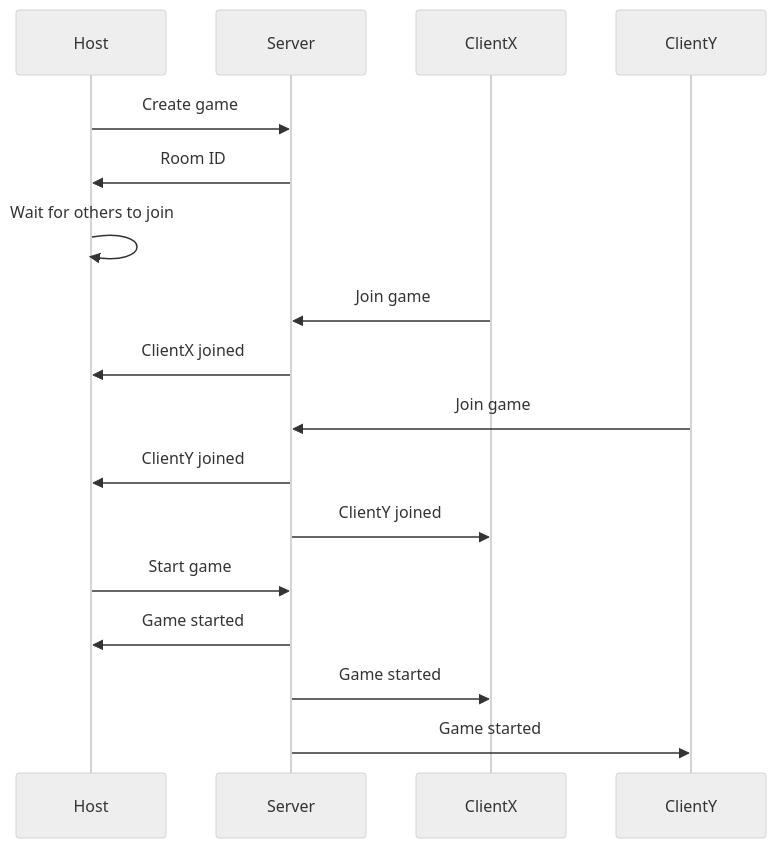
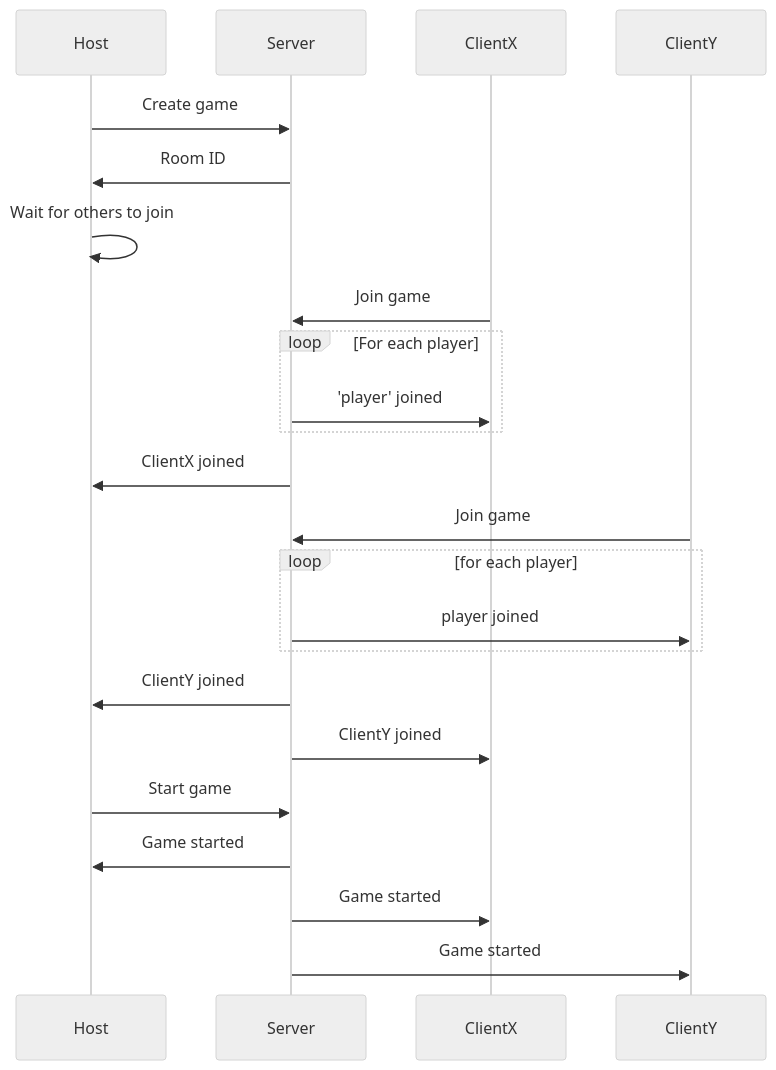
Before and after one commit to dentych/demic: the second of 2 diagrams in README.md, drawn with Mermaid (neutral theme). The commit also changed other lines of this file, not shown here.

Commit message:
Update create game and join flow diagram in README.md

````diff
--- a/README.md
+++ b/README.md
@@ -25,19 +26,25 @@
 ```mermaid
 sequenceDiagram
     participant Host
     participant Server
     participant ClientX
     participant ClientY
     Host->>Server: Create game
     Server->>Host: Room ID
     Host->>Host: Wait for others to join
     ClientX->>Server: Join game
+    loop For each player
+        Server->>ClientX: 'player' joined
+    end
     Server->>Host: ClientX joined
     ClientY->>Server: Join game
+    loop for each player
+        Server->>ClientY: player joined
+    end
     Server->>Host: ClientY joined
     Server->>ClientX: ClientY joined
     Host->>Server: Start game
     Server->>Host: Game started
     Server->>ClientX: Game started
     Server->>ClientY: Game started
 ```
````
